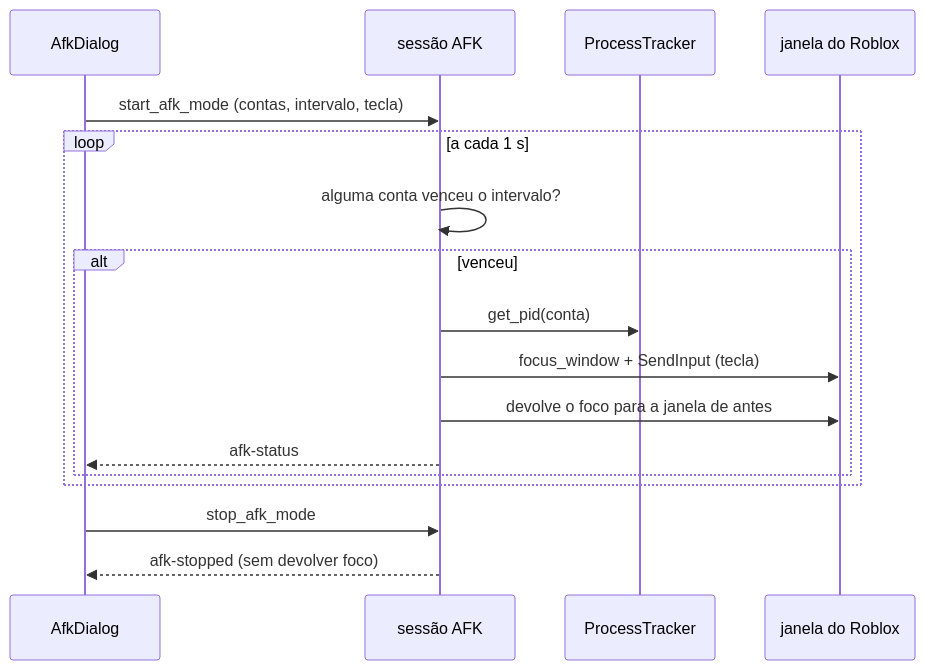
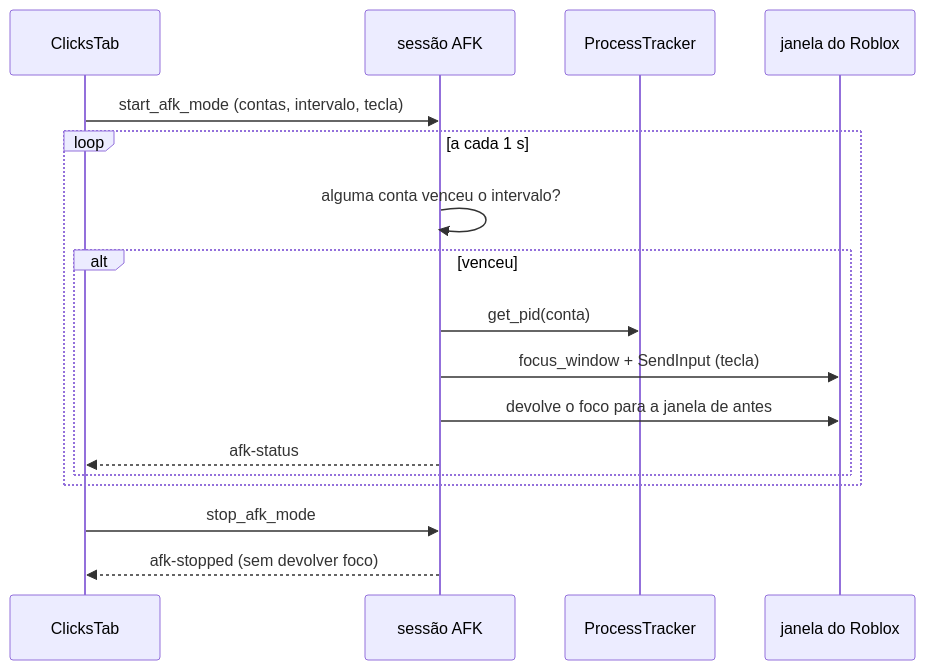
The diagram in docs/features/afk-mode.md (luanmacea/MultiAlt), drawn with Mermaid before and after one commit. The commit also changed other lines of this file and 33 other files, not shown here.

First line of the commit message:
Merge Auto Rejoin and AFK clicks into one AFK Mode view and stop the In game button from starting the cycle blindly

````diff
--- a/docs/features/afk-mode.md
+++ b/docs/features/afk-mode.md
@@ -42,19 +42,19 @@
 ```mermaid
 sequenceDiagram
-    participant UI as AfkDialog
+    participant UI as ClicksTab
     participant S as sessão AFK
     participant T as ProcessTracker
     participant W as janela do Roblox
     UI->>S: start_afk_mode (contas, intervalo, tecla)
     loop a cada 1 s
         S->>S: alguma conta venceu o intervalo?
         alt venceu
             S->>T: get_pid(conta)
             S->>W: focus_window + SendInput (tecla)
             S->>W: devolve o foco para a janela de antes
             S-->>UI: afk-status
         end
     end
     UI->>S: stop_afk_mode
     S-->>UI: afk-stopped (sem devolver foco)
 ```
````
